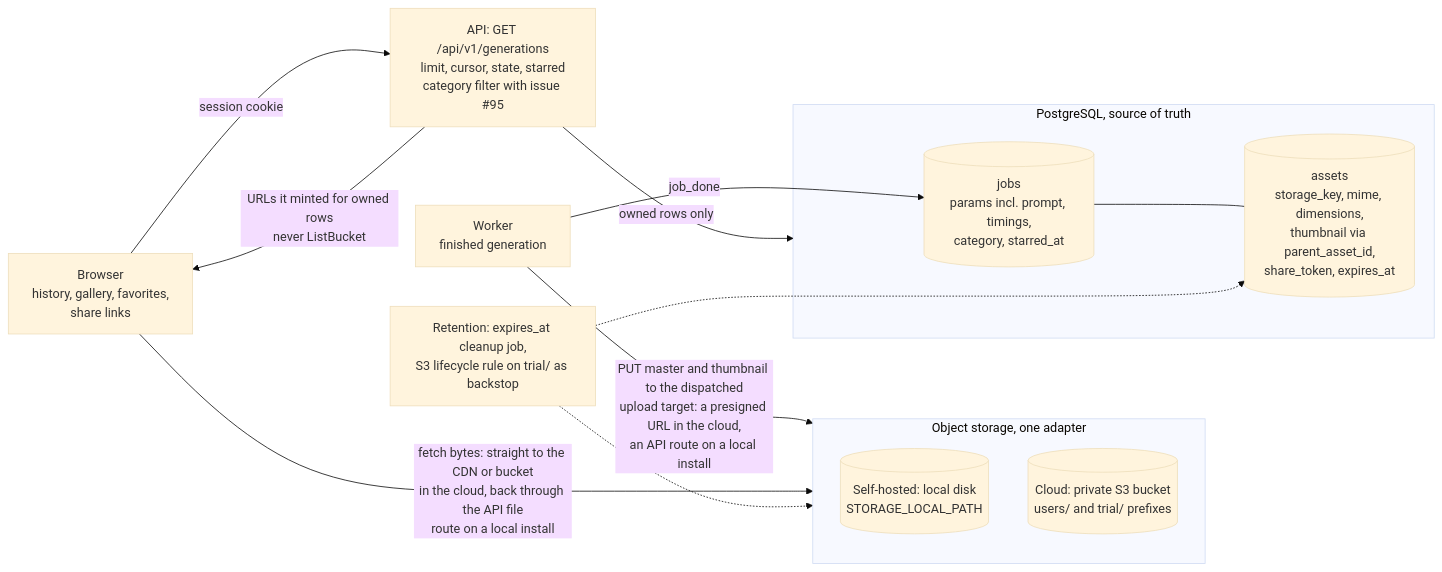
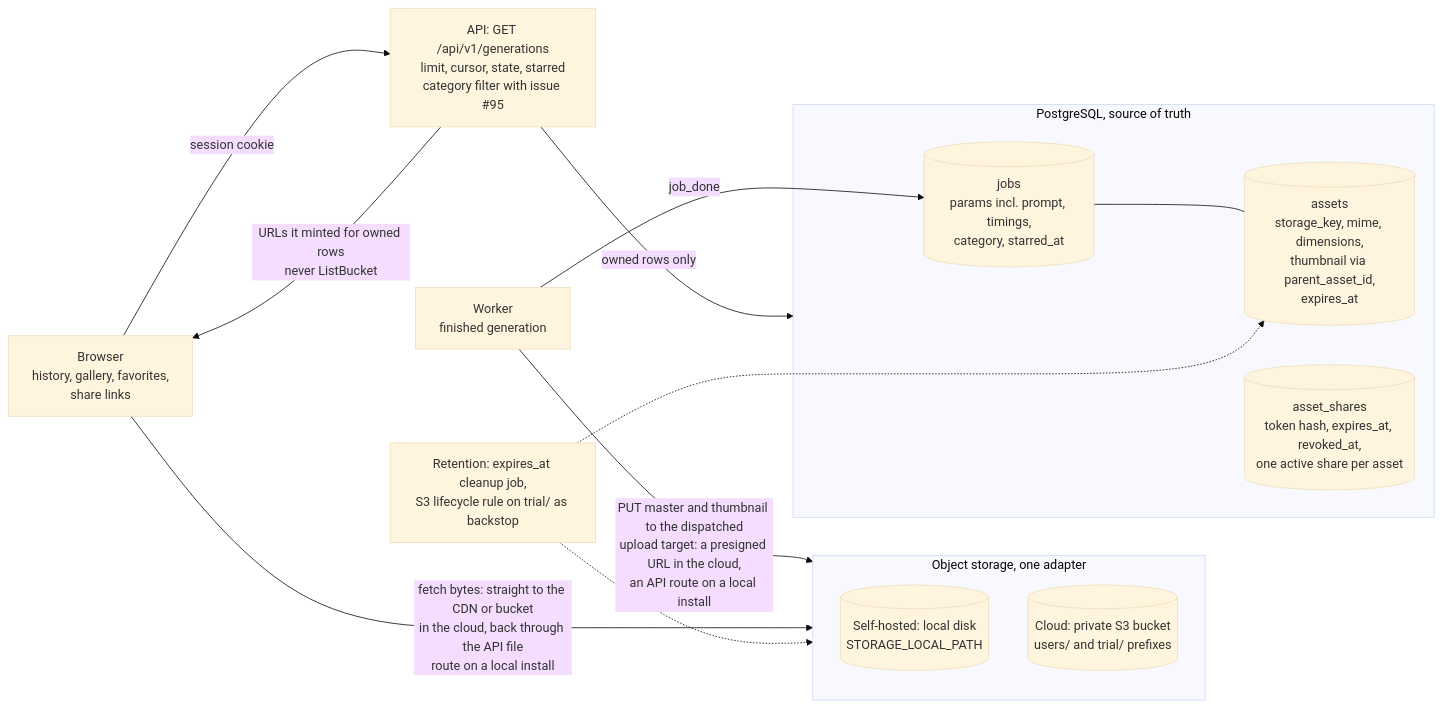
Before and after one commit to Portocolom-Studio/potocolom: diagram 14 of 15 in docs/architecture.md, drawn with Mermaid (base theme). The commit also changed other lines of this file and 3 other files, not shown here.

````diff
--- a/docs/architecture.md
+++ b/docs/architecture.md
@@ -571,24 +571,25 @@
 ```mermaid
 flowchart LR
     W["Worker<br>finished generation"]
     subgraph STORE["Object storage, one adapter"]
         LD[("Self-hosted: local disk<br>STORAGE_LOCAL_PATH")]
         S3[("Cloud: private S3 bucket<br>users/ and trial/ prefixes")]
     end
     subgraph PG["PostgreSQL, source of truth"]
         J[("jobs<br>params incl. prompt, timings,<br>category, starred_at")]
-        AS[("assets<br>storage_key, mime, dimensions,<br>thumbnail via parent_asset_id,<br>share_token, expires_at")]
+        AS[("assets<br>storage_key, mime, dimensions,<br>thumbnail via parent_asset_id,<br>expires_at")]
+        SH[("asset_shares<br>token hash, expires_at, revoked_at,<br>one active share per asset")]
     end
     B["Browser<br>history, gallery, favorites,<br>share links"]
     API["API: GET /api/v1/generations<br>limit, cursor, state, starred<br>category filter with issue #95"]
     CLEAN["Retention: expires_at cleanup job,<br>S3 lifecycle rule on trial/ as backstop"]
     W -->|"PUT master and thumbnail to the dispatched<br>upload target: a presigned URL in the cloud,<br>an API route on a local install"| STORE
     W -->|"job_done"| J
     J --- AS
     B -->|"session cookie"| API
     API -->|"owned rows only"| PG
     API -->|"URLs it minted for owned rows<br>never ListBucket"| B
     B -->|"fetch bytes: straight to the CDN or bucket<br>in the cloud, back through the API file<br>route on a local install"| STORE
     CLEAN -.-> AS
     CLEAN -.-> STORE
 ```
````
